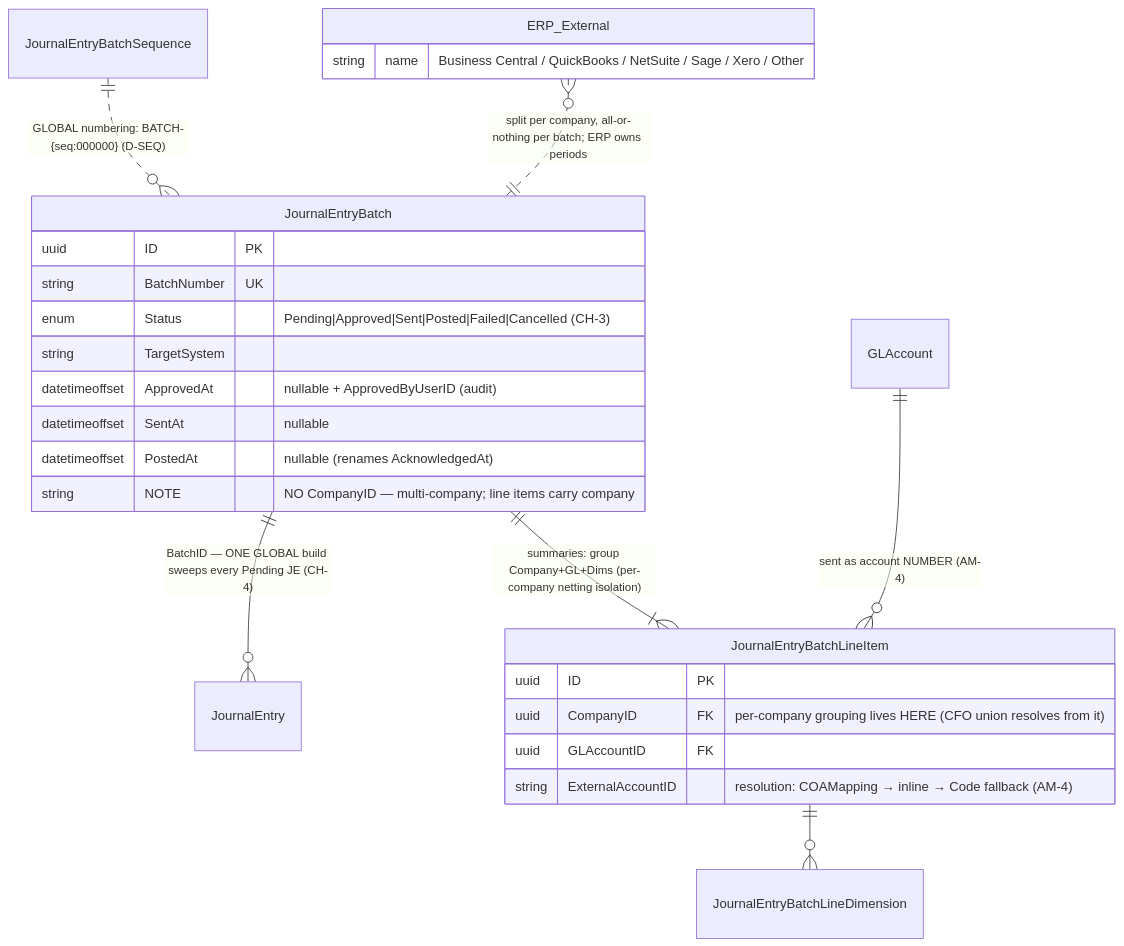
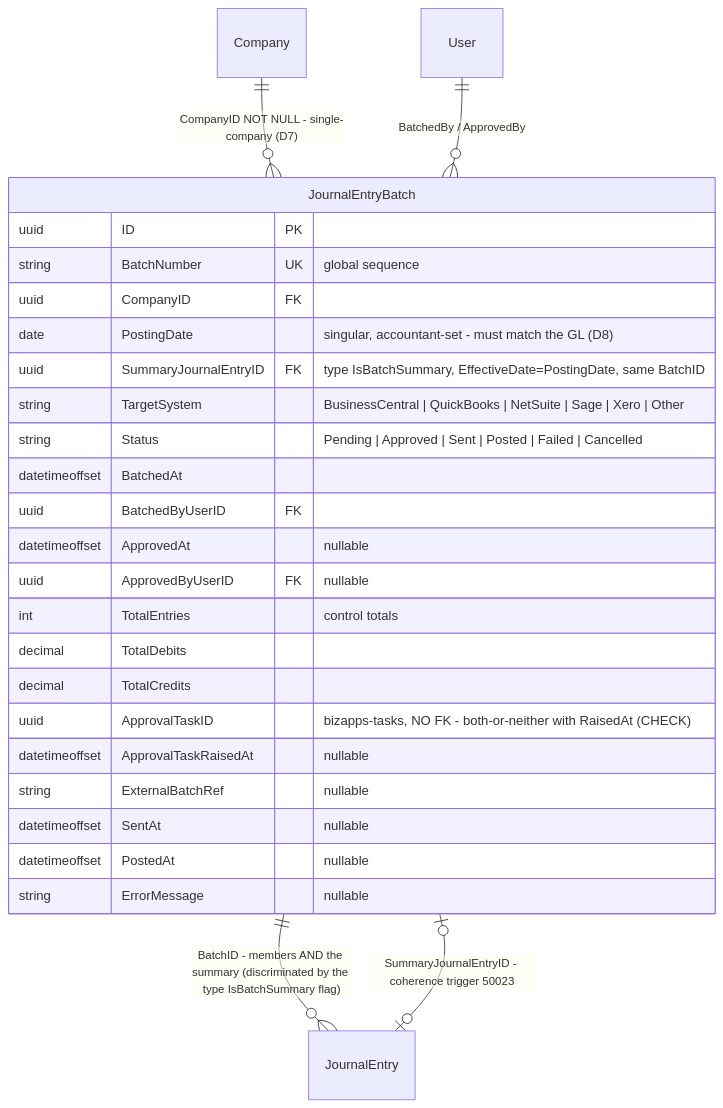
One commit to MemberJunction/bizapps-accounting changed the eighth of 11 diagrams in docs/bizapps-accounting-erd.md. Above: the diagram before and after it, drawn with Mermaid. The commit also changed other lines of this file and 79 other files, not shown here.

````diff
--- a/docs/bizapps-accounting-erd.md
+++ b/docs/bizapps-accounting-erd.md
@@ -103,23 +673,30 @@
 ```mermaid
 erDiagram
-    JournalEntryBatch ||--o{ JournalEntry : "BatchID — ONE GLOBAL build sweeps every Pending JE (CH-4)"
-    JournalEntryBatch ||--|{ JournalEntryBatchLineItem : "summaries: group Company+GL+Dims (per-company netting isolation)"
-    JournalEntryBatchLineItem ||--o{ JournalEntryBatchLineDimension : ""
-    GLAccount ||--o{ JournalEntryBatchLineItem : "sent as account NUMBER (AM-4)"
-    JournalEntryBatchSequence ||..o{ JournalEntryBatch : "GLOBAL numbering: BATCH-{seq:000000} (D-SEQ)"
-    ERP_External }o..|| JournalEntryBatch : "split per company, all-or-nothing per batch; ERP owns periods"
+    Company ||--o{ JournalEntryBatch : "CompanyID NOT NULL - single-company (D7)"
+    JournalEntryBatch ||--o{ JournalEntry : "BatchID - members AND the summary (discriminated by the type IsBatchSummary flag)"
+    JournalEntryBatch |o--o| JournalEntry : "SummaryJournalEntryID - coherence trigger 50023"
+    User ||--o{ JournalEntryBatch : "BatchedBy / ApprovedBy"
 
-    JournalEntryBatch { uuid ID PK
-                        string BatchNumber UK
-                        enum Status "Pending|Approved|Sent|Posted|Failed|Cancelled (CH-3)"
-                        string TargetSystem
-                        datetimeoffset ApprovedAt "nullable + ApprovedByUserID (audit)"
-                        datetimeoffset SentAt "nullable"
-                        datetimeoffset PostedAt "nullable (renames AcknowledgedAt)"
-                        string NOTE "NO CompanyID — multi-company; line items carry company" }
-    JournalEntryBatchLineItem { uuid ID PK
-                                uuid CompanyID FK "per-company grouping lives HERE (CFO union resolves from it)"
-                                uuid GLAccountID FK
-                                string ExternalAccountID "resolution: COAMapping → inline → Code fallback (AM-4)" }
-    ERP_External { string name "Business Central / QuickBooks / NetSuite / Sage / Xero / Other" }
+    JournalEntryBatch {
+        uuid ID PK
+        string BatchNumber UK "global sequence"
+        uuid CompanyID FK
+        date PostingDate "singular, accountant-set - must match the GL (D8)"
+        uuid SummaryJournalEntryID FK "type IsBatchSummary, EffectiveDate=PostingDate, same BatchID"
+        string TargetSystem "BusinessCentral | QuickBooks | NetSuite | Sage | Xero | Other"
+        string Status "Pending | Approved | Sent | Posted | Failed | Cancelled"
+        datetimeoffset BatchedAt
+        uuid BatchedByUserID FK
+        datetimeoffset ApprovedAt "nullable"
+        uuid ApprovedByUserID FK "nullable"
+        int TotalEntries "control totals"
+        decimal TotalDebits
+        decimal TotalCredits
+        uuid ApprovalTaskID "bizapps-tasks, NO FK - both-or-neither with RaisedAt (CHECK)"
+        datetimeoffset ApprovalTaskRaisedAt "nullable"
+        string ExternalBatchRef "nullable"
+        datetimeoffset SentAt "nullable"
+        datetimeoffset PostedAt "nullable"
+        string ErrorMessage "nullable"
+    }
 ```
````
